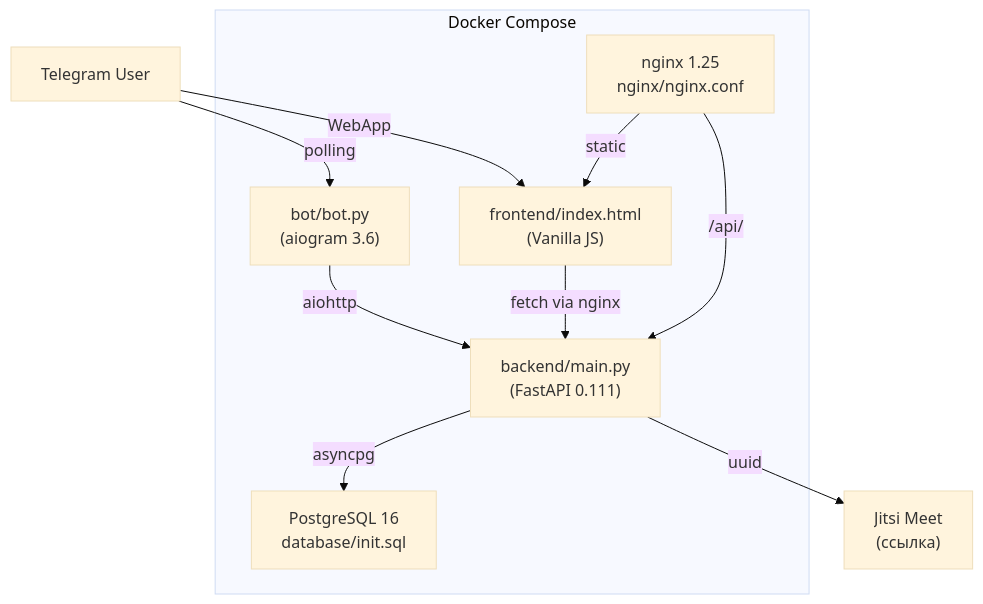
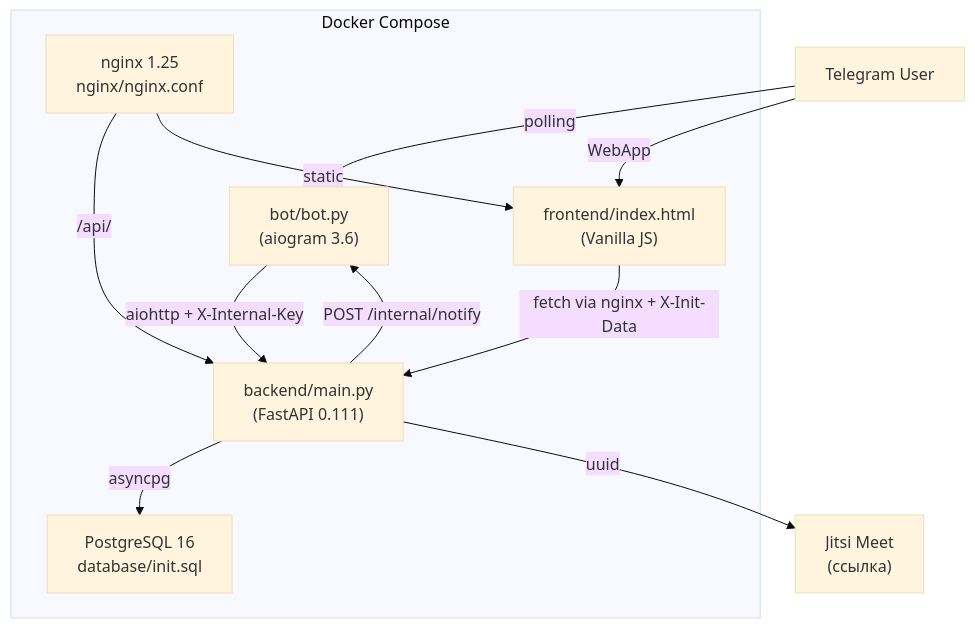
The diagram in docs/MODULES.md (iwantproger/do_vstrechi), drawn with Mermaid (base theme) before and after one commit. The commit also changed other lines of this file and 5 other files, not shown here.

````diff
--- a/docs/MODULES.md
+++ b/docs/MODULES.md
@@ -307,24 +341,25 @@
 ```mermaid
 graph TD
     USER[Telegram User]
 
     USER -->|polling| BOT["bot/bot.py<br/>(aiogram 3.6)"]
     USER -->|WebApp| FE["frontend/index.html<br/>(Vanilla JS)"]
 
-    BOT -->|aiohttp| API["backend/main.py<br/>(FastAPI 0.111)"]
-    FE -->|fetch via nginx| API
+    BOT -->|aiohttp + X-Internal-Key| API["backend/main.py<br/>(FastAPI 0.111)"]
+    API -->|POST /internal/notify| BOT
+    FE -->|fetch via nginx + X-Init-Data| API
 
     API -->|asyncpg| DB["PostgreSQL 16<br/>database/init.sql"]
     API -->|uuid| JITSI["Jitsi Meet<br/>(ссылка)"]
 
     subgraph Docker Compose
         BOT
         API
         FE
         DB
         NGX["nginx 1.25<br/>nginx/nginx.conf"]
     end
 
     NGX -->|/api/| API
     NGX -->|static| FE
 ```
````
